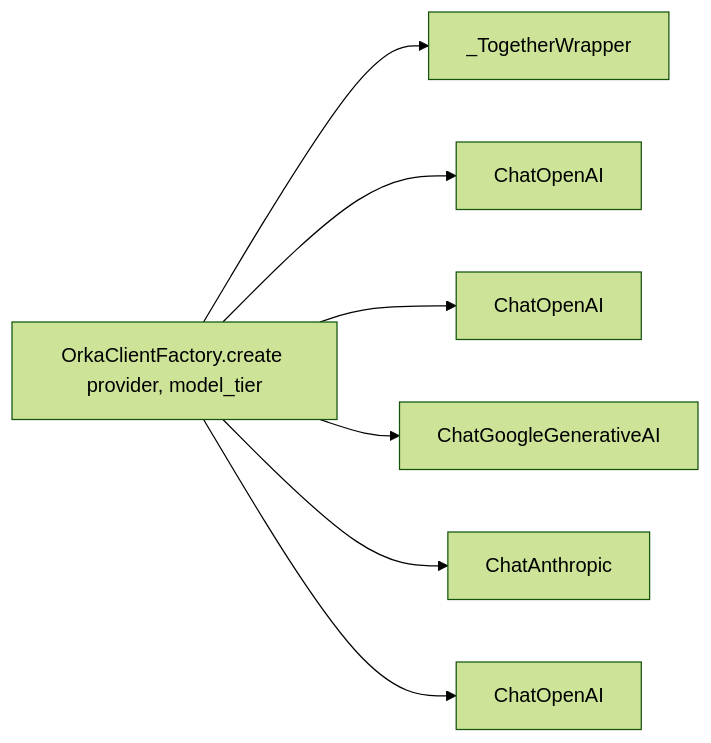
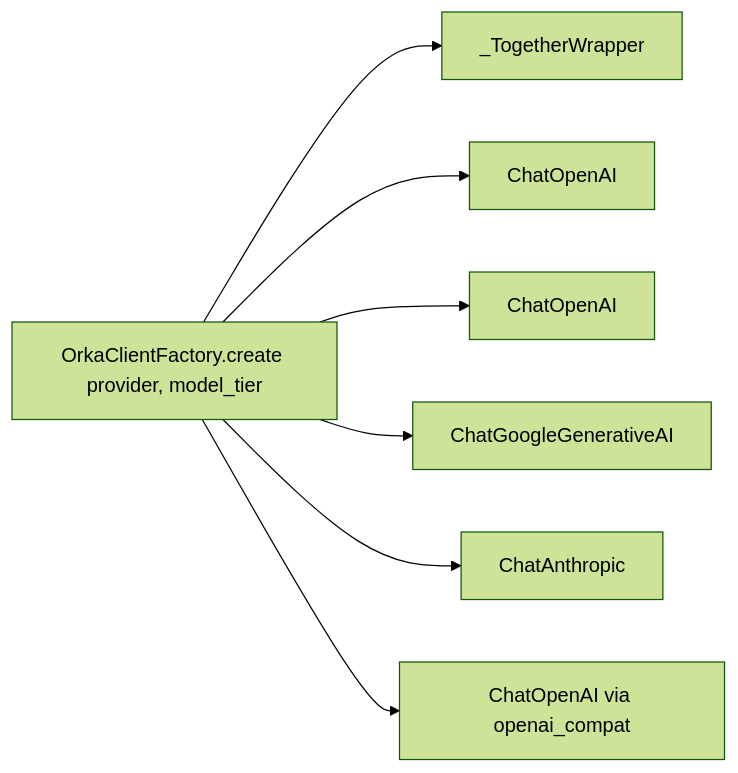
Before and after one commit to solvire/orka: the sixth of 6 diagrams in docs/ARCHITECTURE.md, drawn with Mermaid (forest theme). The commit also changed other lines of this file and 2 other files, not shown here.

````diff
--- a/docs/ARCHITECTURE.md
+++ b/docs/ARCHITECTURE.md
@@ -309,9 +455,9 @@
 ```mermaid
 flowchart LR
     Factory[OrkaClientFactory.create provider, model_tier] --> Together[_TogetherWrapper]
     Factory --> OpenAI[ChatOpenAI]
     Factory --> DeepSeek[ChatOpenAI]
     Factory --> Gemini[ChatGoogleGenerativeAI]
     Factory --> Anthropic[ChatAnthropic]
-    Factory --> OpenCompat[ChatOpenAI]
+    Factory --> OpenCompat[ChatOpenAI via openai_compat]
 ```
````
